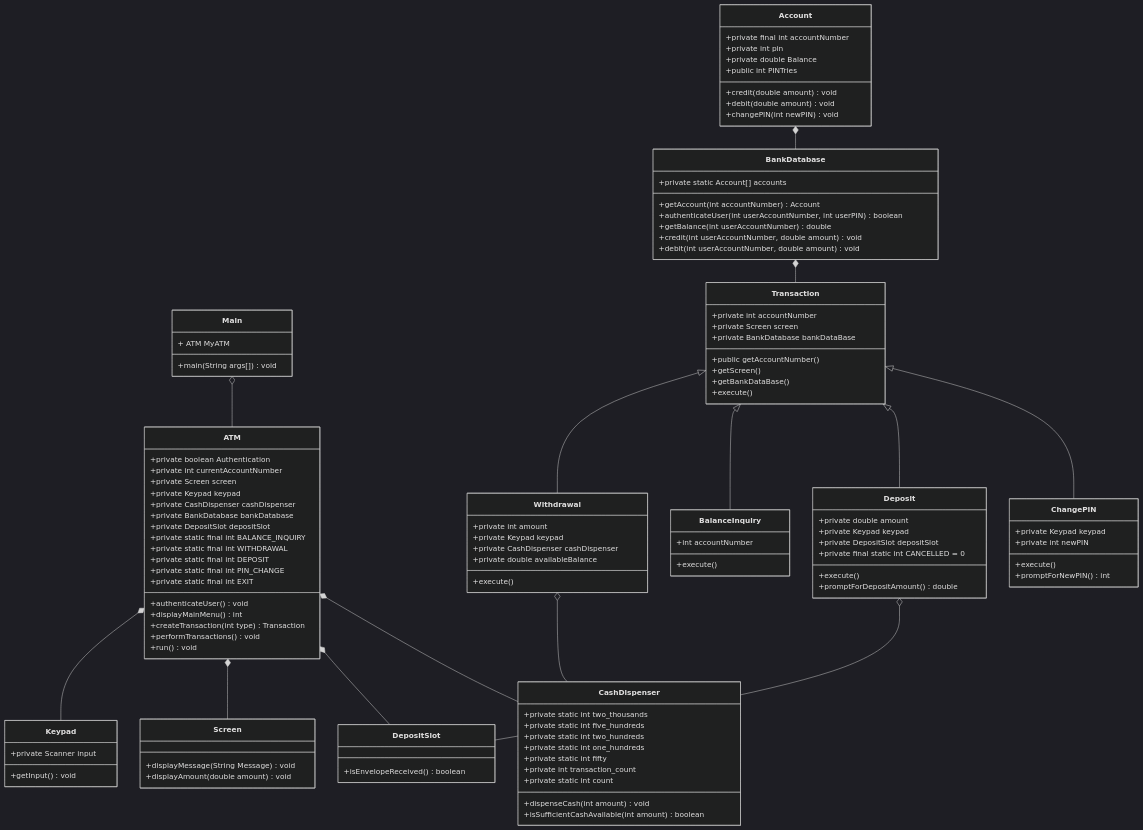
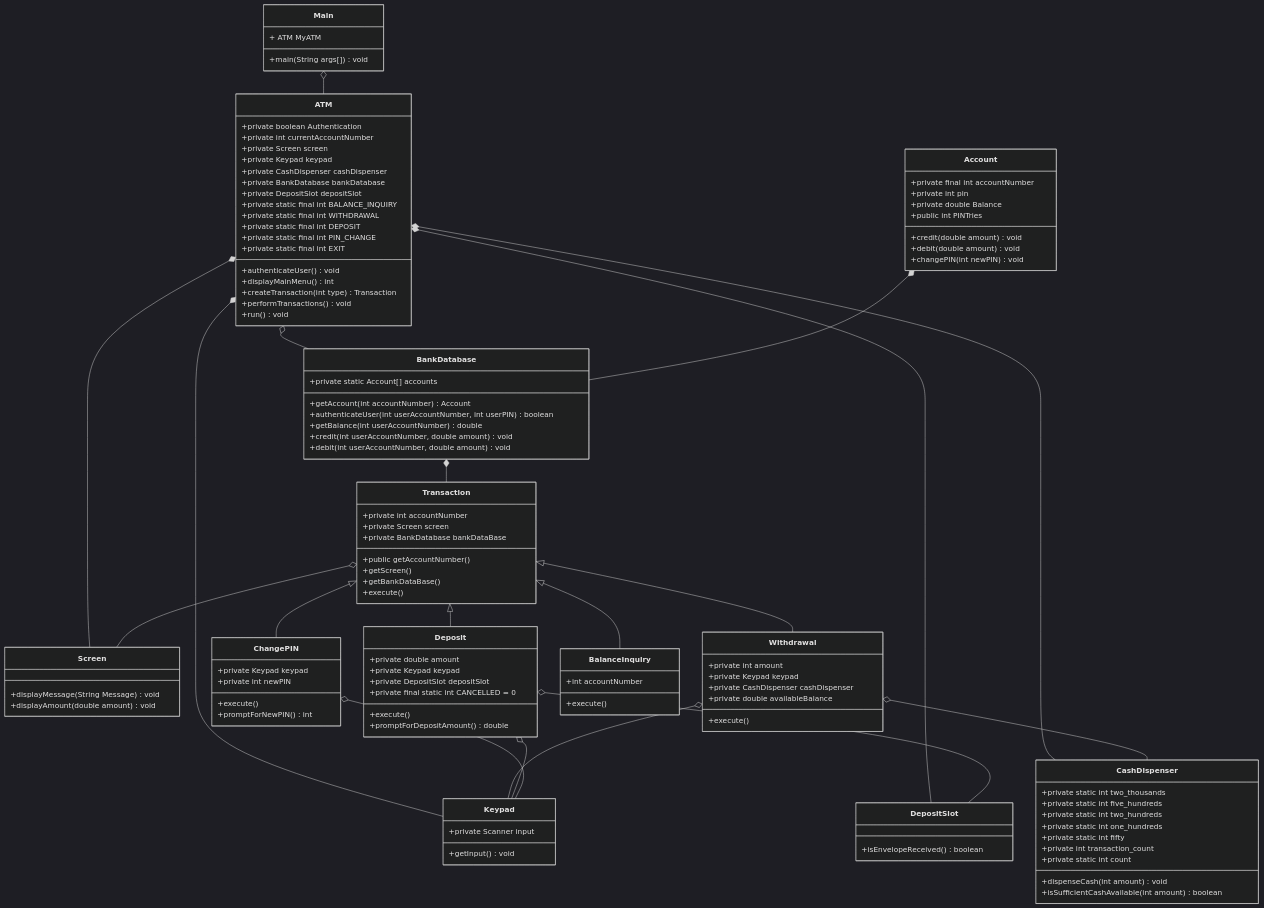
Before and after one commit to octochet/ATM: the diagram in README.md, drawn with Mermaid (dark theme).

```diff
--- a/README.md
+++ b/README.md
@@ -164,14 +164,19 @@
       ATM *-- Screen
       ATM *-- DepositSlot
       ATM *-- CashDispenser
+      ATM o-- BankDatabase
+      Withdrawal o-- Keypad
       Withdrawal o-- CashDispenser
       Deposit o-- DepositSlot
+      Deposit o-- Keypad
+      ChangePIN o-- Keypad
       Account *-- BankDatabase
       BankDatabase *-- Transaction
       Transaction <|-- Withdrawal
       Transaction <|-- BalanceInquiry
       Transaction <|-- Deposit
       Transaction <|-- ChangePIN
+      Transaction o-- Screen
       Transaction : +private int accountNumber
       Transaction : +private Screen screen
       Transaction : +private BankDatabase bankDataBase
```
